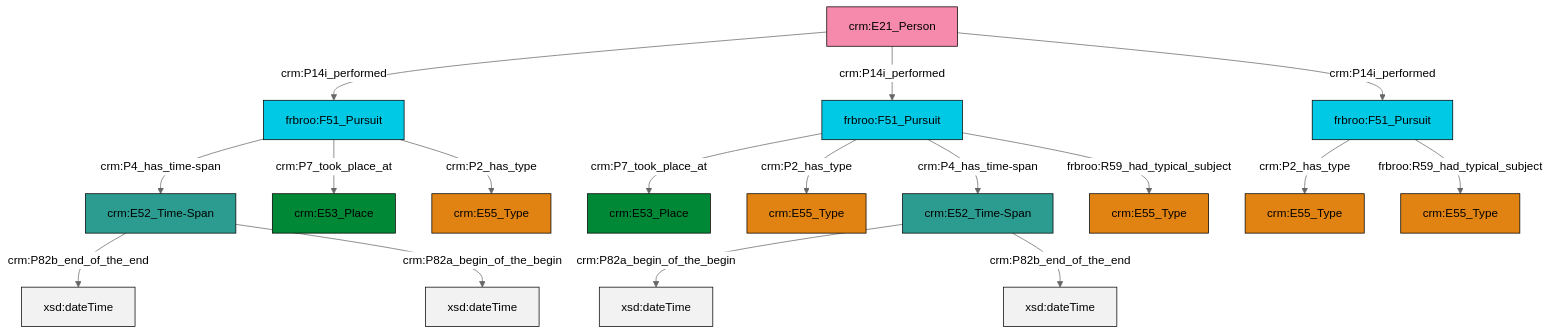
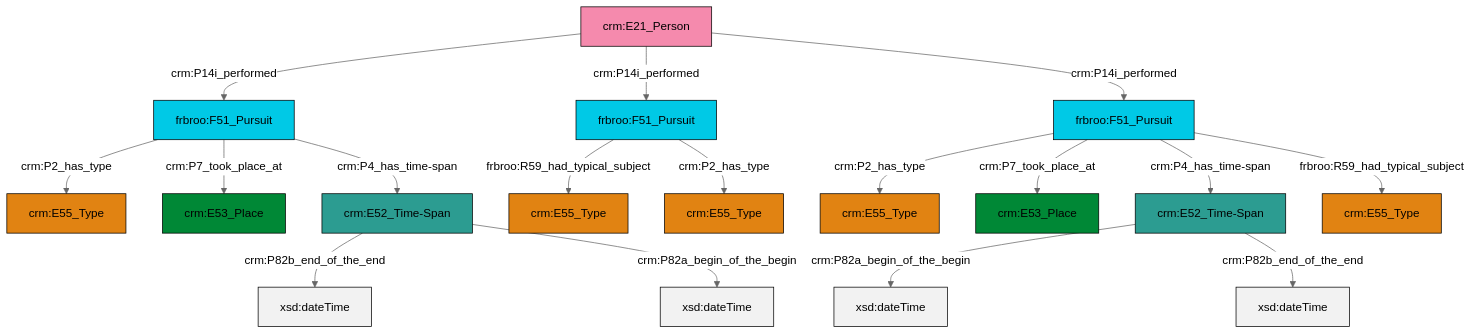
Before and after one commit to swiss-art-research-net/reference-data-models: the diagram in et/personCSV/ttl/mmd/Person_Event.ttl.mmd, drawn with Mermaid (neutral theme). The commit also changed 125 other files, not shown here.

```diff
--- a/et/personCSV/ttl/mmd/Person_Event.ttl.mmd
+++ b/et/personCSV/ttl/mmd/Person_Event.ttl.mmd
@@ -1,31 +1,31 @@
 graph TD
 classDef Literal fill:#f2f2f2,stroke:#000000;
 classDef CRM_Entity fill:#FFFFFF,stroke:#000000;
 classDef Temporal_Entity fill:#00C9E6, stroke:#000000;
 classDef Type fill:#E18312, stroke:#000000;
 classDef Time-Span fill:#2C9C91, stroke:#000000;
 classDef Appellation fill:#FFEB7F, stroke:#000000;
 classDef Place fill:#008836, stroke:#000000;
 classDef Persistent_Item fill:#B266B2, stroke:#000000;
 classDef Conceptual_Object fill:#FFD700, stroke:#000000;
 classDef Physical_Thing fill:#D2B48C, stroke:#000000;
 classDef Actor fill:#f58aad, stroke:#000000;
 classDef PC_Classes fill:#4ce600, stroke:#000000;
 classDef Multi fill:#cccccc,stroke:#000000;
 
-0["crm:E52_Time-Span"]:::Time-Span -->|crm:P82b_end_of_the_end| 1[xsd:dateTime]:::Literal
-2["frbroo:F51_Pursuit"]:::Temporal_Entity -->|crm:P4_has_time-span| 0["crm:E52_Time-Span"]:::Time-Span
-9["crm:E21_Person"]:::Actor -->|crm:P14i_performed| 2["frbroo:F51_Pursuit"]:::Temporal_Entity
-2["frbroo:F51_Pursuit"]:::Temporal_Entity -->|crm:P7_took_place_at| 10["crm:E53_Place"]:::Place
-15["crm:E52_Time-Span"]:::Time-Span -->|crm:P82a_begin_of_the_begin| 16[xsd:dateTime]:::Literal
-9["crm:E21_Person"]:::Actor -->|crm:P14i_performed| 5["frbroo:F51_Pursuit"]:::Temporal_Entity
-22["frbroo:F51_Pursuit"]:::Temporal_Entity -->|crm:P2_has_type| 20["crm:E55_Type"]:::Type
-5["frbroo:F51_Pursuit"]:::Temporal_Entity -->|crm:P7_took_place_at| 24["crm:E53_Place"]:::Place
-5["frbroo:F51_Pursuit"]:::Temporal_Entity -->|crm:P2_has_type| 13["crm:E55_Type"]:::Type
-0["crm:E52_Time-Span"]:::Time-Span -->|crm:P82a_begin_of_the_begin| 26[xsd:dateTime]:::Literal
-2["frbroo:F51_Pursuit"]:::Temporal_Entity -->|crm:P2_has_type| 7["crm:E55_Type"]:::Type
-22["frbroo:F51_Pursuit"]:::Temporal_Entity -->|frbroo:R59_had_typical_subject| 11["crm:E55_Type"]:::Type
-5["frbroo:F51_Pursuit"]:::Temporal_Entity -->|crm:P4_has_time-span| 15["crm:E52_Time-Span"]:::Time-Span
-5["frbroo:F51_Pursuit"]:::Temporal_Entity -->|frbroo:R59_had_typical_subject| 3["crm:E55_Type"]:::Type
-9["crm:E21_Person"]:::Actor -->|crm:P14i_performed| 22["frbroo:F51_Pursuit"]:::Temporal_Entity
-15["crm:E52_Time-Span"]:::Time-Span -->|crm:P82b_end_of_the_end| 31[xsd:dateTime]:::Literal
+6["frbroo:F51_Pursuit"]:::Temporal_Entity -->|crm:P2_has_type| 0["crm:E55_Type"]:::Type
+7["crm:E52_Time-Span"]:::Time-Span -->|crm:P82a_begin_of_the_begin| 8[xsd:dateTime]:::Literal
+9["frbroo:F51_Pursuit"]:::Temporal_Entity -->|crm:P2_has_type| 2["crm:E55_Type"]:::Type
+14["crm:E21_Person"]:::Actor -->|crm:P14i_performed| 6["frbroo:F51_Pursuit"]:::Temporal_Entity
+14["crm:E21_Person"]:::Actor -->|crm:P14i_performed| 16["frbroo:F51_Pursuit"]:::Temporal_Entity
+7["crm:E52_Time-Span"]:::Time-Span -->|crm:P82b_end_of_the_end| 17[xsd:dateTime]:::Literal
+9["frbroo:F51_Pursuit"]:::Temporal_Entity -->|crm:P7_took_place_at| 18["crm:E53_Place"]:::Place
+12["crm:E52_Time-Span"]:::Time-Span -->|crm:P82b_end_of_the_end| 19[xsd:dateTime]:::Literal
+6["frbroo:F51_Pursuit"]:::Temporal_Entity -->|crm:P7_took_place_at| 23["crm:E53_Place"]:::Place
+14["crm:E21_Person"]:::Actor -->|crm:P14i_performed| 9["frbroo:F51_Pursuit"]:::Temporal_Entity
+9["frbroo:F51_Pursuit"]:::Temporal_Entity -->|crm:P4_has_time-span| 7["crm:E52_Time-Span"]:::Time-Span
+16["frbroo:F51_Pursuit"]:::Temporal_Entity -->|frbroo:R59_had_typical_subject| 10["crm:E55_Type"]:::Type
+6["frbroo:F51_Pursuit"]:::Temporal_Entity -->|crm:P4_has_time-span| 12["crm:E52_Time-Span"]:::Time-Span
+12["crm:E52_Time-Span"]:::Time-Span -->|crm:P82a_begin_of_the_begin| 32[xsd:dateTime]:::Literal
+9["frbroo:F51_Pursuit"]:::Temporal_Entity -->|frbroo:R59_had_typical_subject| 21["crm:E55_Type"]:::Type
+16["frbroo:F51_Pursuit"]:::Temporal_Entity -->|crm:P2_has_type| 4["crm:E55_Type"]:::Type
```
